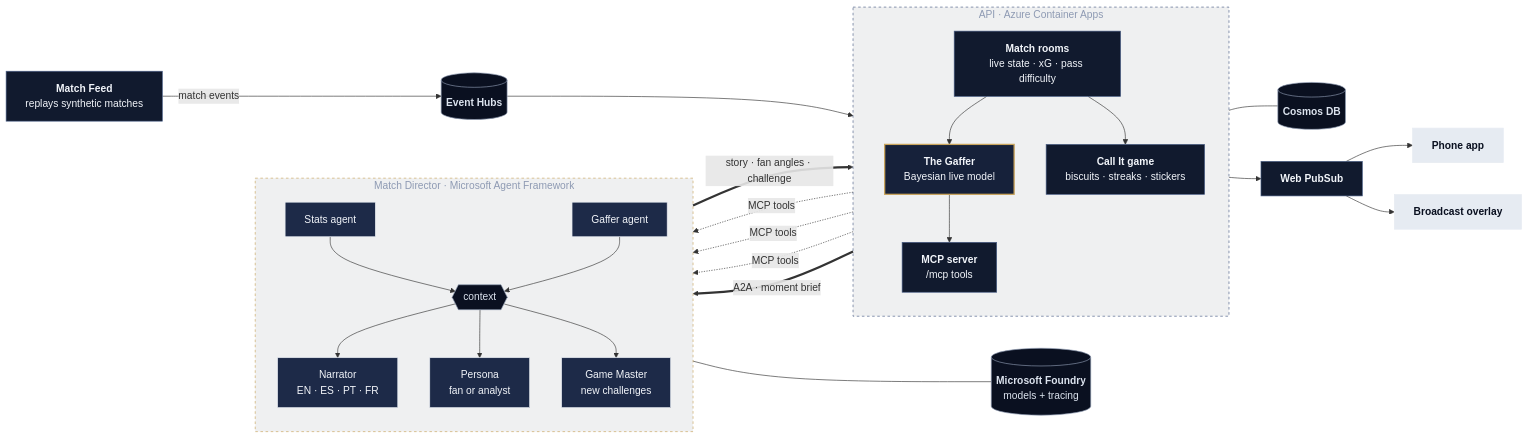
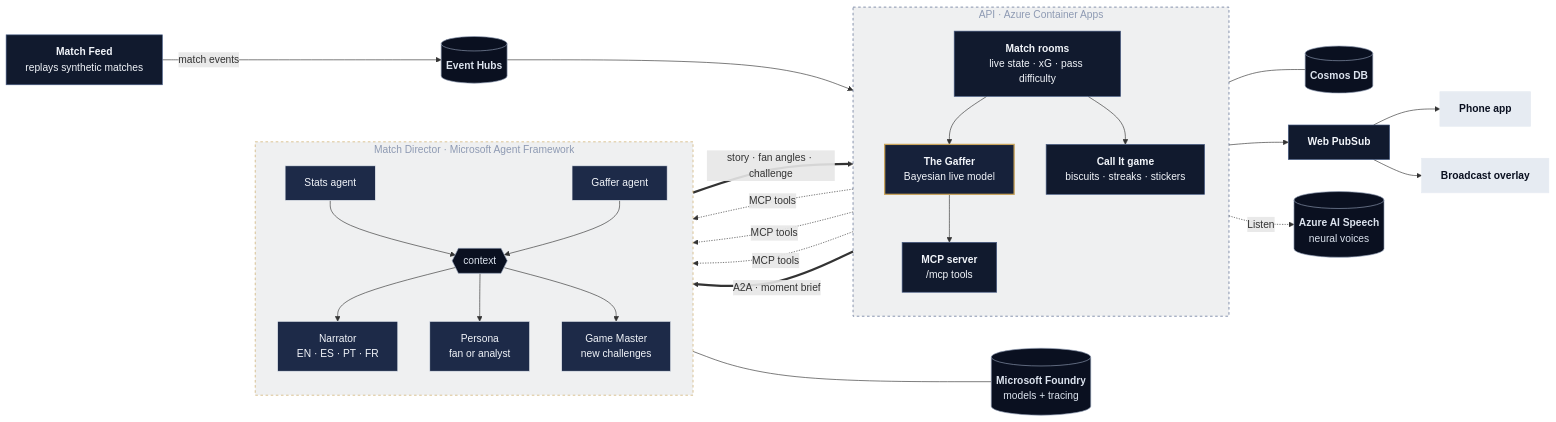
The first of 3 diagrams in README.md (bradhack/lasso), drawn with Mermaid before and after one commit. The commit also changed other lines of this file and 3 other files, not shown here.

````diff
--- a/README.md
+++ b/README.md
@@ -37,55 +37,56 @@
 ```mermaid
 flowchart LR
     FEED["<b>Match Feed</b><br/>replays synthetic matches"] -->|match events| EH[("<b>Event Hubs</b>")]
     EH --> ROOM
 
     subgraph API["API · Azure Container Apps"]
         direction TB
         ROOM["<b>Match rooms</b><br/>live state · xG · pass difficulty"]
         GAFFER["<b>The Gaffer</b><br/>Bayesian live model"]
         MCP["<b>MCP server</b><br/>/mcp tools"]
         GAME["<b>Call It game</b><br/>biscuits · streaks · stickers"]
         ROOM --> GAFFER --> MCP
         ROOM --> GAME
     end
 
     subgraph DIRECTOR["Match Director · Microsoft Agent Framework"]
         direction TB
         STATS["Stats agent"]
         GAF["Gaffer agent"]
         CTX{{"context"}}
         NAR["Narrator<br/>EN · ES · PT · FR"]
         PER["Persona<br/>fan or analyst"]
         GM["Game Master<br/>new challenges"]
         STATS --> CTX
         GAF --> CTX
         CTX --> NAR
         CTX --> PER
         CTX --> GM
     end
 
     ROOM == "A2A · moment brief" ==> DIRECTOR
     DIRECTOR == "story · fan angles · challenge" ==> ROOM
     MCP -. "MCP tools" .-> GAF
     MCP -. "MCP tools" .-> STATS
     MCP -. "MCP tools" .-> GM
     DIRECTOR --- FOUNDRY[("<b>Microsoft Foundry</b><br/>models + tracing")]
     GAME --- COSMOS[("<b>Cosmos DB</b>")]
     ROOM --> WPS["<b>Web PubSub</b>"]
+    API -. "Listen" .-> SPEECH[("<b>Azure AI Speech</b><br/>neural voices")]
     WPS --> APP["<b>Phone app</b>"]
     WPS --> OVL["<b>Broadcast overlay</b>"]
 
     classDef svc fill:#111A2E,stroke:#475C85,color:#F2F5FA
     classDef star fill:#16213A,stroke:#C9A45C,stroke-width:2px,color:#F2F5FA
     classDef data fill:#0A1020,stroke:#8E9AB3,color:#DCE3EE
     classDef agent fill:#1D2A48,stroke:#E6EBF2,color:#F2F5FA
     classDef client fill:#E6EBF2,stroke:#E6EBF2,color:#0A1020
     class FEED,ROOM,MCP,GAME,WPS svc
     class GAFFER star
-    class EH,COSMOS,FOUNDRY data
+    class EH,COSMOS,FOUNDRY,SPEECH data
     class STATS,GAF,NAR,PER,GM agent
     class CTX data
     class APP,OVL client
     style API fill:#0A102010,stroke:#475C85,stroke-dasharray:4 4,color:#8E9AB3
     style DIRECTOR fill:#0A102010,stroke:#C9A45C,stroke-dasharray:4 4,color:#8E9AB3
 ```
````
